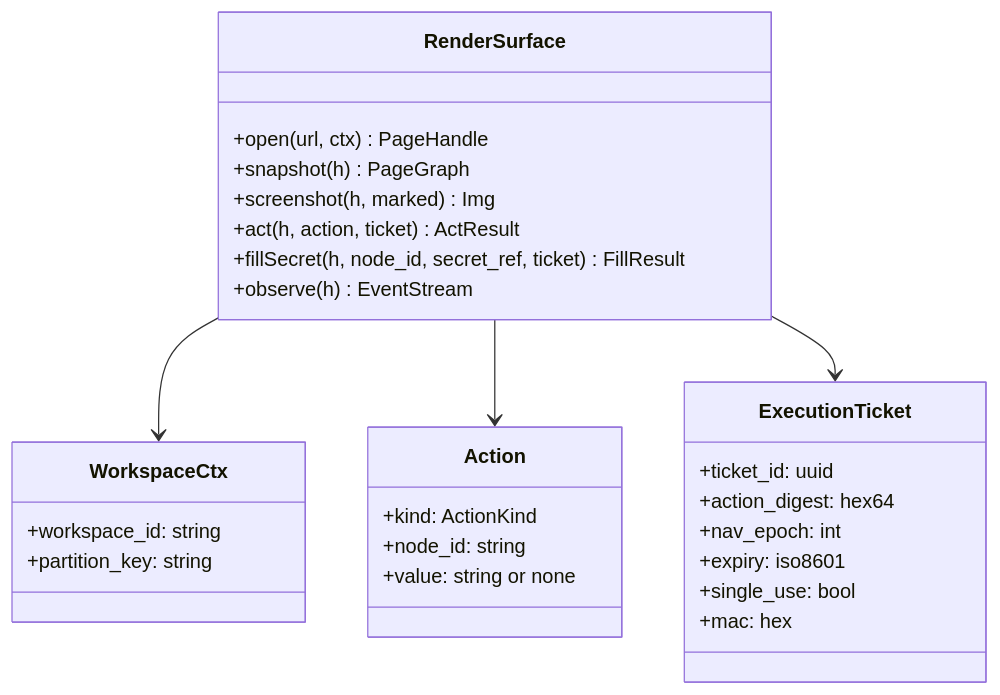
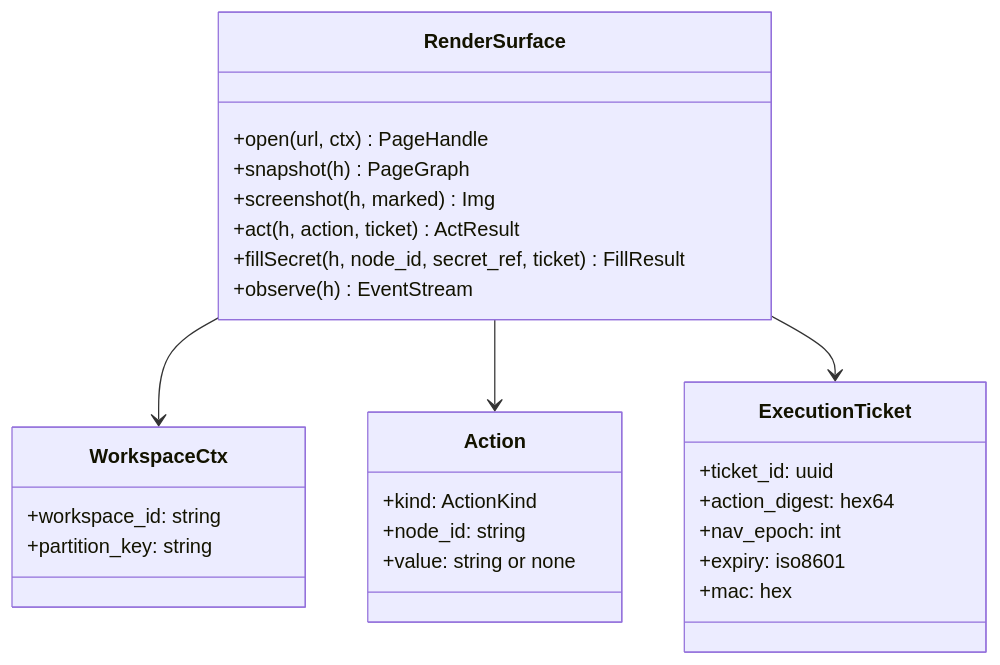
Before and after one commit to febufenn-cyber/drawing-office-v2: the second of 8 diagrams in designs/render-surface-engine-boundary/LLD.md, drawn with Mermaid. The commit also changed other lines of this file and 1 other file, not shown here.

````diff
--- a/designs/render-surface-engine-boundary/LLD.md
+++ b/designs/render-surface-engine-boundary/LLD.md
@@ -70,31 +74,30 @@
 ```mermaid
 classDiagram
     class RenderSurface {
         +open(url, ctx) PageHandle
         +snapshot(h) PageGraph
         +screenshot(h, marked) Img
         +act(h, action, ticket) ActResult
         +fillSecret(h, node_id, secret_ref, ticket) FillResult
         +observe(h) EventStream
     }
     class WorkspaceCtx {
         +workspace_id: string
         +partition_key: string
     }
     class Action {
         +kind: ActionKind
         +node_id: string
         +value: string or none
     }
     class ExecutionTicket {
         +ticket_id: uuid
         +action_digest: hex64
         +nav_epoch: int
         +expiry: iso8601
-        +single_use: bool
         +mac: hex
     }
     RenderSurface --> WorkspaceCtx
     RenderSurface --> Action
     RenderSurface --> ExecutionTicket
 ```
````
